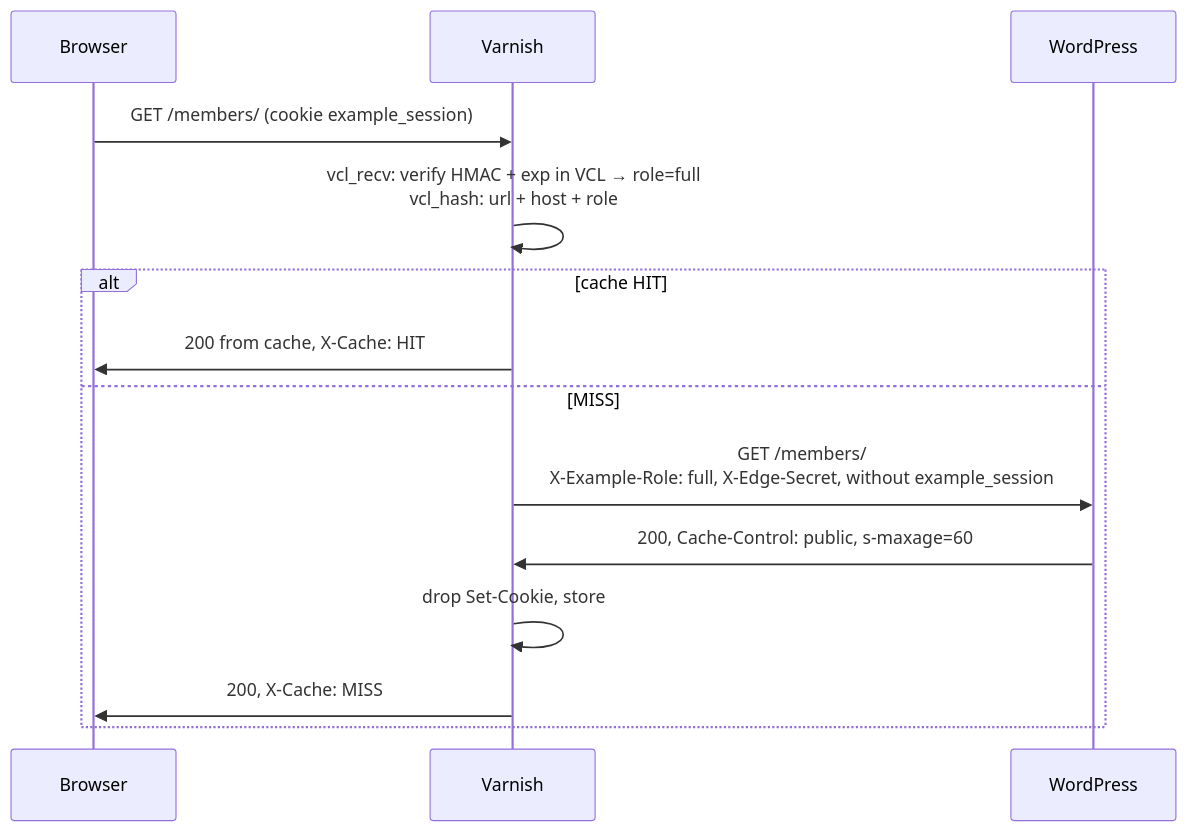
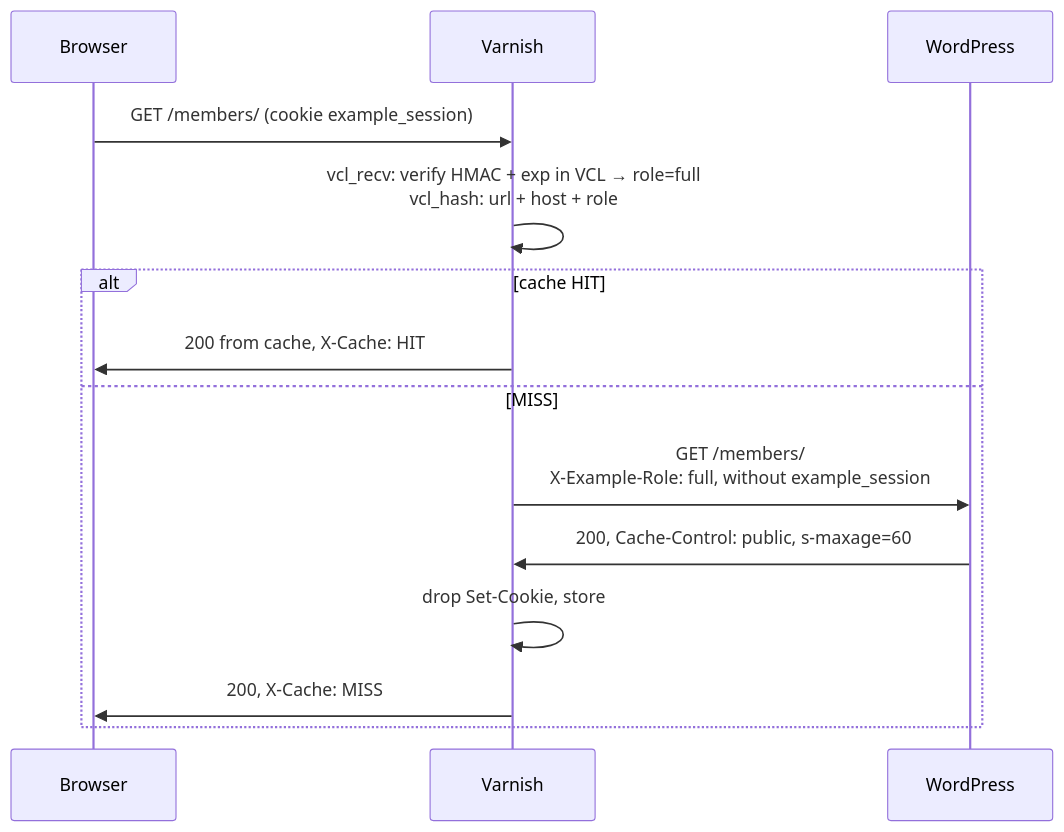
Before and after one commit to correctiv/oidc-wp-prototype: the second of 3 diagrams in README.md, drawn with Mermaid. The commit also changed other lines of this file and 15 other files, not shown here.

````diff
--- a/README.md
+++ b/README.md
@@ -98,16 +97,16 @@
 ```mermaid
 sequenceDiagram
     participant B as Browser
     participant V as Varnish
     participant W as WordPress
     B->>V: GET /members/ (cookie example_session)
     V->>V: vcl_recv: verify HMAC + exp in VCL → role=full<br/>vcl_hash: url + host + role
     alt cache HIT
         V->>B: 200 from cache, X-Cache: HIT
     else MISS
-        V->>W: GET /members/<br/>X-Example-Role: full, X-Edge-Secret, without example_session
+        V->>W: GET /members/<br/>X-Example-Role: full, without example_session
         W->>V: 200, Cache-Control: public, s-maxage=60
         V->>V: drop Set-Cookie, store
         V->>B: 200, X-Cache: MISS
     end
 ```
````
